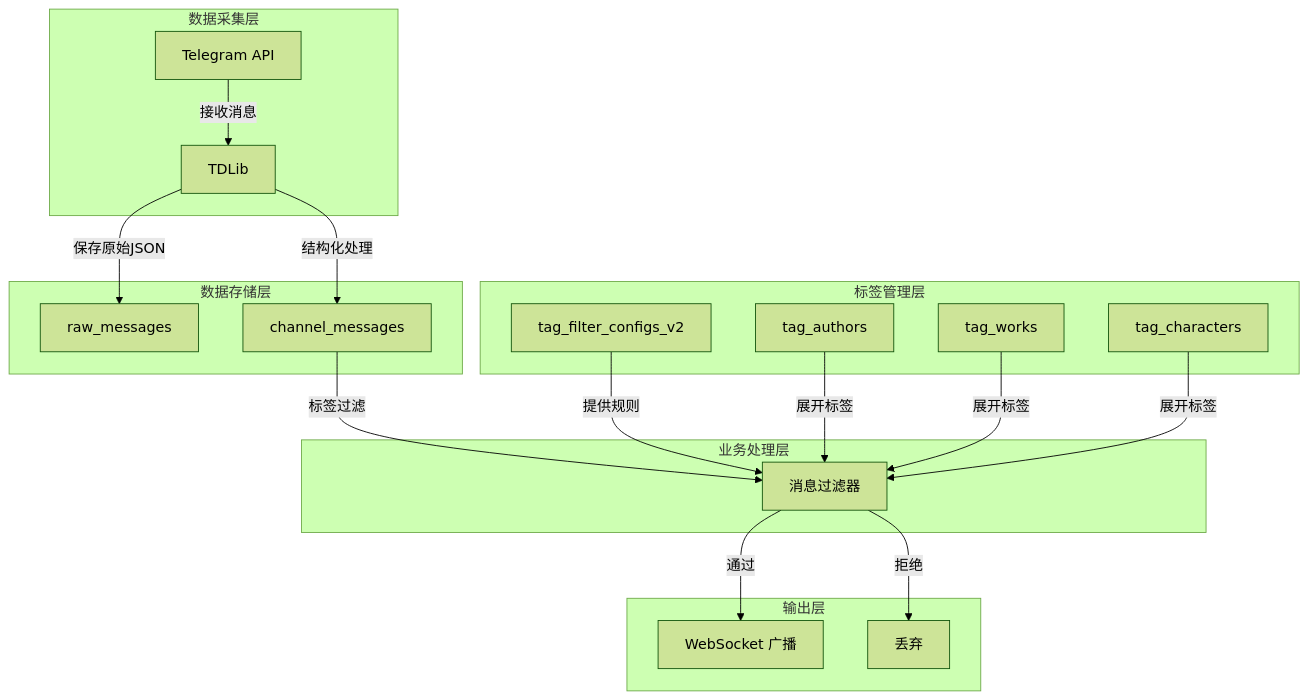
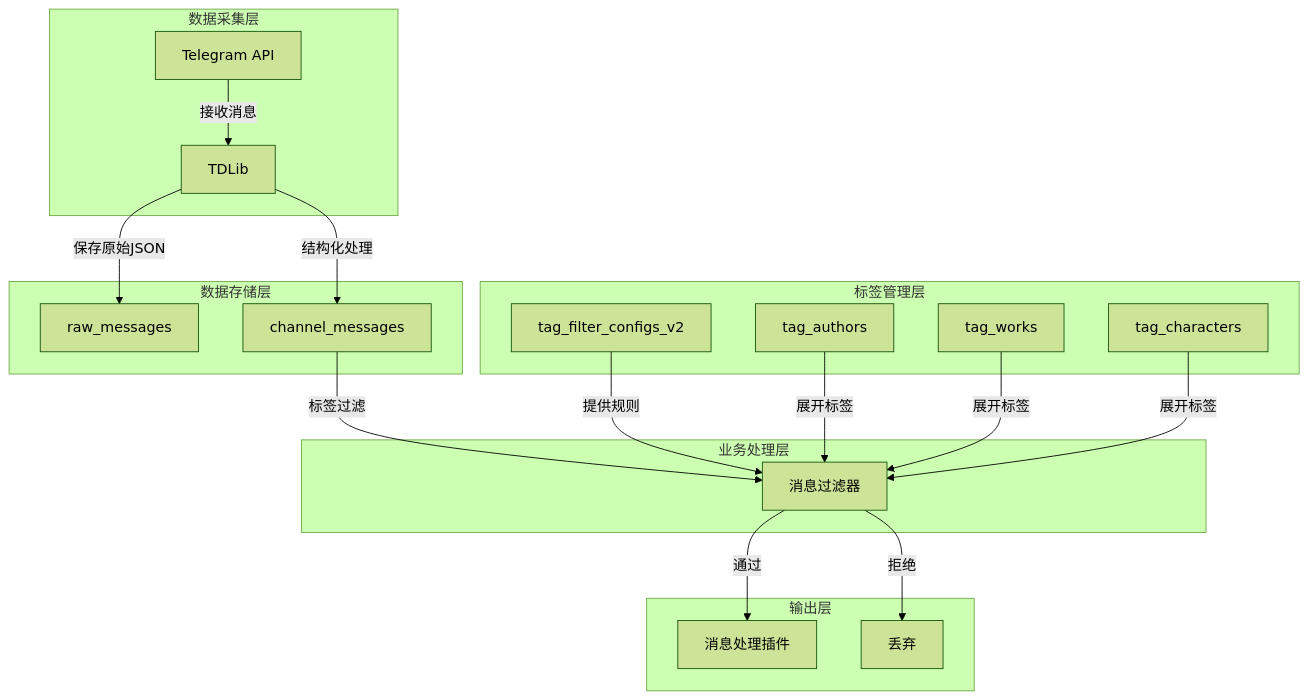
The third of 3 diagrams in docs/arch/数据库结构文档.md (tianlovo/CocoMonyaB), drawn with Mermaid (forest theme) before and after one commit. The commit also changed 30 other files, not shown here.

First line of the commit message:
refactor!(websocket,architecture): 移除WebSocket功能及相关组件

````diff
--- a/docs/arch/数据库结构文档.md
+++ b/docs/arch/数据库结构文档.md
@@ -1243,31 +1243,31 @@
 ```mermaid
 flowchart TB
     subgraph "数据采集层"
         A[Telegram API] -->|接收消息| B[TDLib]
     end
     
     subgraph "数据存储层"
         B -->|保存原始JSON| C[raw_messages]
         B -->|结构化处理| D[channel_messages]
     end
     
     subgraph "标签管理层"
         E[tag_authors]
         F[tag_works]
         G[tag_characters]
         H[tag_filter_configs_v2]
     end
     
     subgraph "业务处理层"
         D -->|标签过滤| I[消息过滤器]
         H -->|提供规则| I
         E -->|展开标签| I
         F -->|展开标签| I
         G -->|展开标签| I
     end
     
     subgraph "输出层"
-        I -->|通过| J[WebSocket 广播]
+        I -->|通过| J[消息处理插件]
         I -->|拒绝| K[丢弃]
     end
 ```
````
